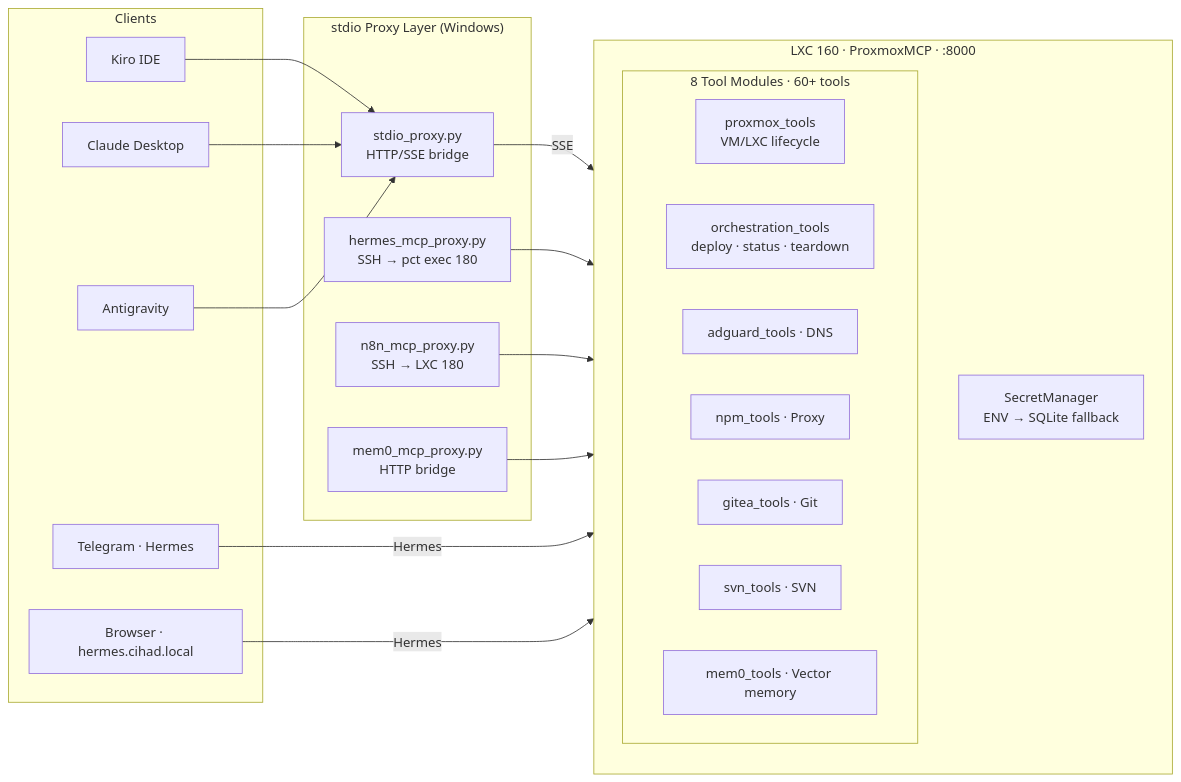
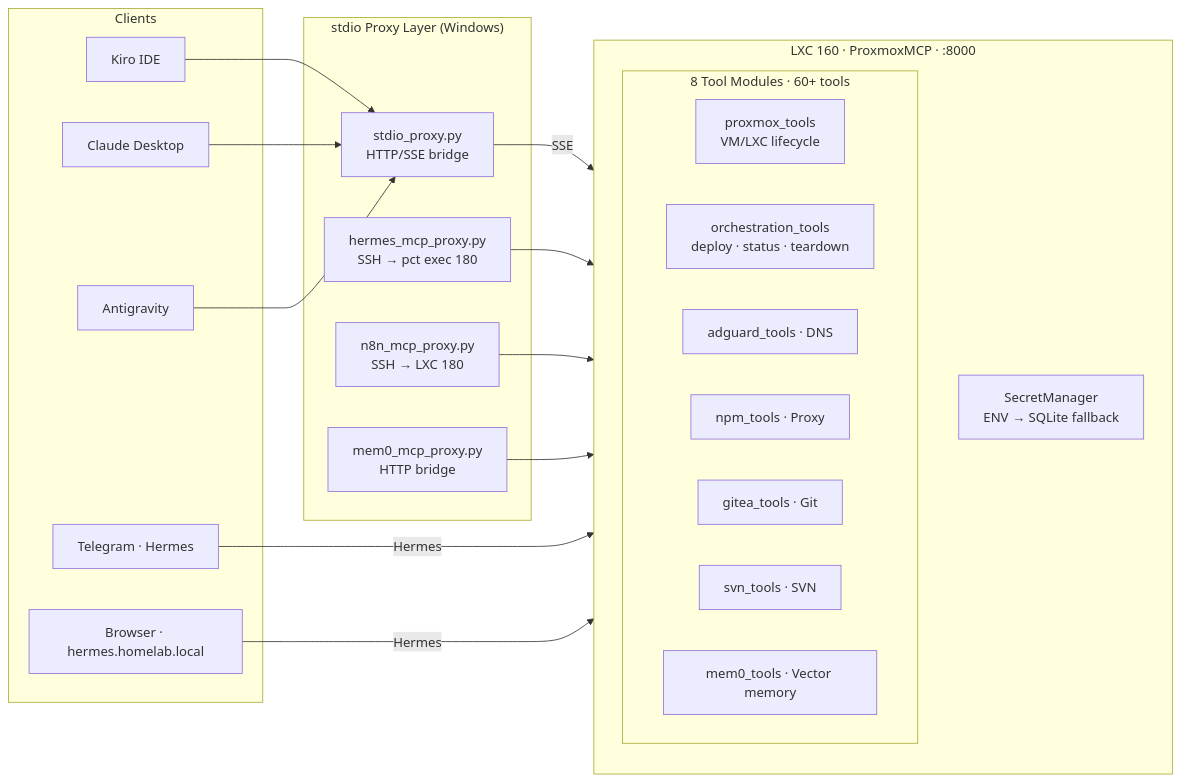
Before and after one commit to cihadkocasahan/ProxmoxHomeLab: the second of 16 diagrams in DETAILS_EN.md, drawn with Mermaid. The commit also changed other lines of this file and 5 other files, not shown here.

Commit message:
refactor(docs): anonymize host environment to MyEnv and local domain to homelab.local

````diff
--- a/DETAILS_EN.md
+++ b/DETAILS_EN.md
@@ -72,34 +72,34 @@
 ```mermaid
 graph LR
     subgraph CLIENTS["Clients"]
         KIRO["Kiro IDE"]
         CLAUDE["Claude Desktop"]
         AG2["Antigravity"]
         TG["Telegram · Hermes"]
-        BR["Browser · hermes.cihad.local"]
+        BR["Browser · hermes.homelab.local"]
     end
 
     subgraph PROXY["stdio Proxy Layer (Windows)"]
         P1["stdio_proxy.py\nHTTP/SSE bridge"]
         P2["hermes_mcp_proxy.py\nSSH → pct exec 180"]
         P3["n8n_mcp_proxy.py\nSSH → LXC 180"]
         P4["mem0_mcp_proxy.py\nHTTP bridge"]
     end
 
     subgraph LXC160["LXC 160 · ProxmoxMCP · :8000"]
         SM["SecretManager\nENV → SQLite fallback"]
         subgraph TOOLS["8 Tool Modules · 60+ tools"]
             T1["proxmox_tools\nVM/LXC lifecycle"]
             T2["orchestration_tools\ndeploy · status · teardown"]
             T3["adguard_tools · DNS"]
             T4["npm_tools · Proxy"]
             T5["gitea_tools · Git"]
             T6["svn_tools · SVN"]
             T7["mem0_tools · Vector memory"]
         end
     end
 
     KIRO & CLAUDE & AG2 --> P1 -->|SSE| LXC160
     P2 & P3 & P4 --> LXC160
     TG & BR -->|Hermes| LXC160
 ```
````
